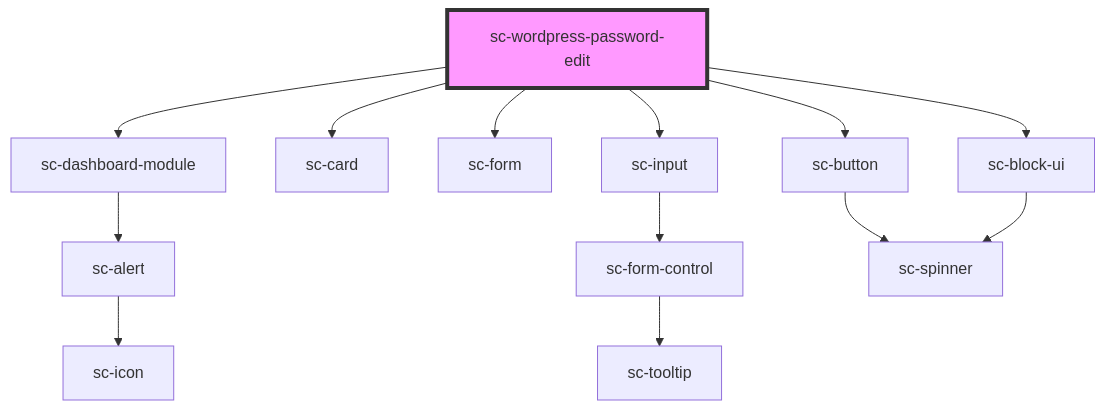
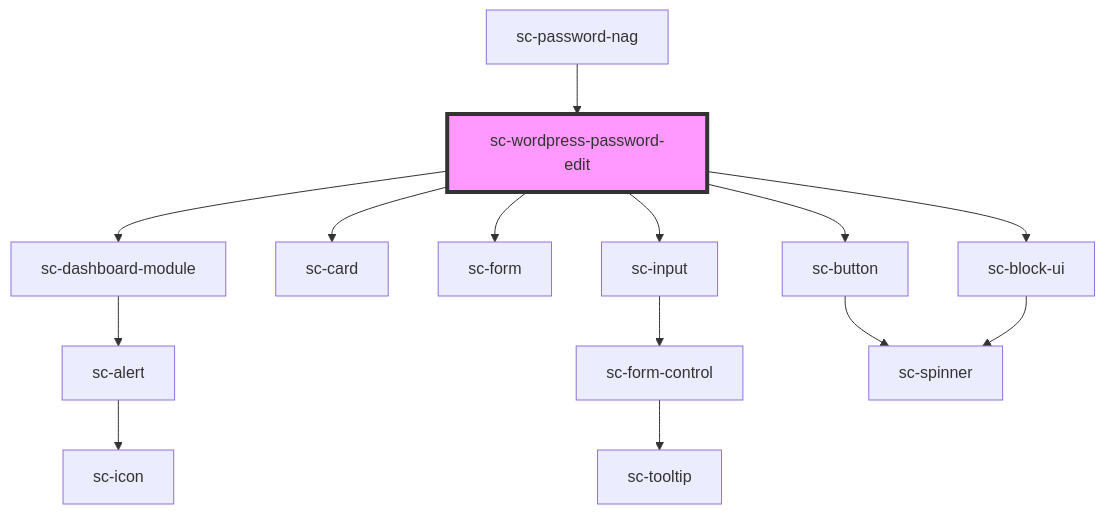
One commit to surecart/surecart-wp-plugin changed the diagram in packages/components/src/components/controllers/dashboard/wordpress-password-edit/readme.md. Above: the diagram before and after it, drawn with Mermaid. The commit also changed other lines of this file and 19 other files, not shown here.

Commit message:
Add password nag to dashboard.

````diff
--- a/packages/components/src/components/controllers/dashboard/wordpress-password-edit/readme.md
+++ b/packages/components/src/components/controllers/dashboard/wordpress-password-edit/readme.md
@@ -29,16 +33,17 @@
 ```mermaid
 graph TD;
   sc-wordpress-password-edit --> sc-dashboard-module
   sc-wordpress-password-edit --> sc-card
   sc-wordpress-password-edit --> sc-form
   sc-wordpress-password-edit --> sc-input
   sc-wordpress-password-edit --> sc-button
   sc-wordpress-password-edit --> sc-block-ui
   sc-dashboard-module --> sc-alert
   sc-alert --> sc-icon
   sc-input --> sc-form-control
   sc-form-control --> sc-tooltip
   sc-button --> sc-spinner
   sc-block-ui --> sc-spinner
+  sc-password-nag --> sc-wordpress-password-edit
   style sc-wordpress-password-edit fill:#f9f,stroke:#333,stroke-width:4px
 ```
````
